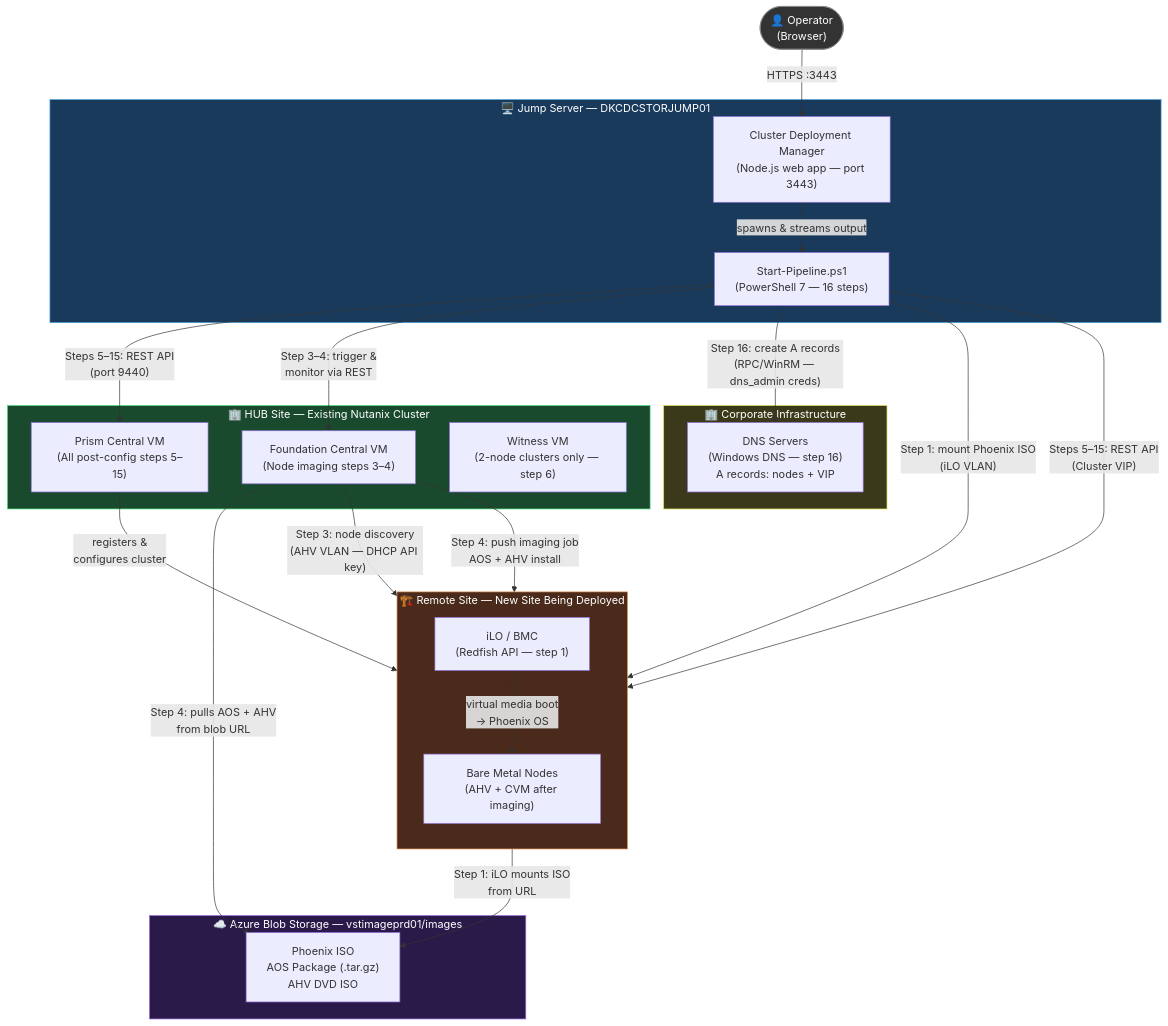
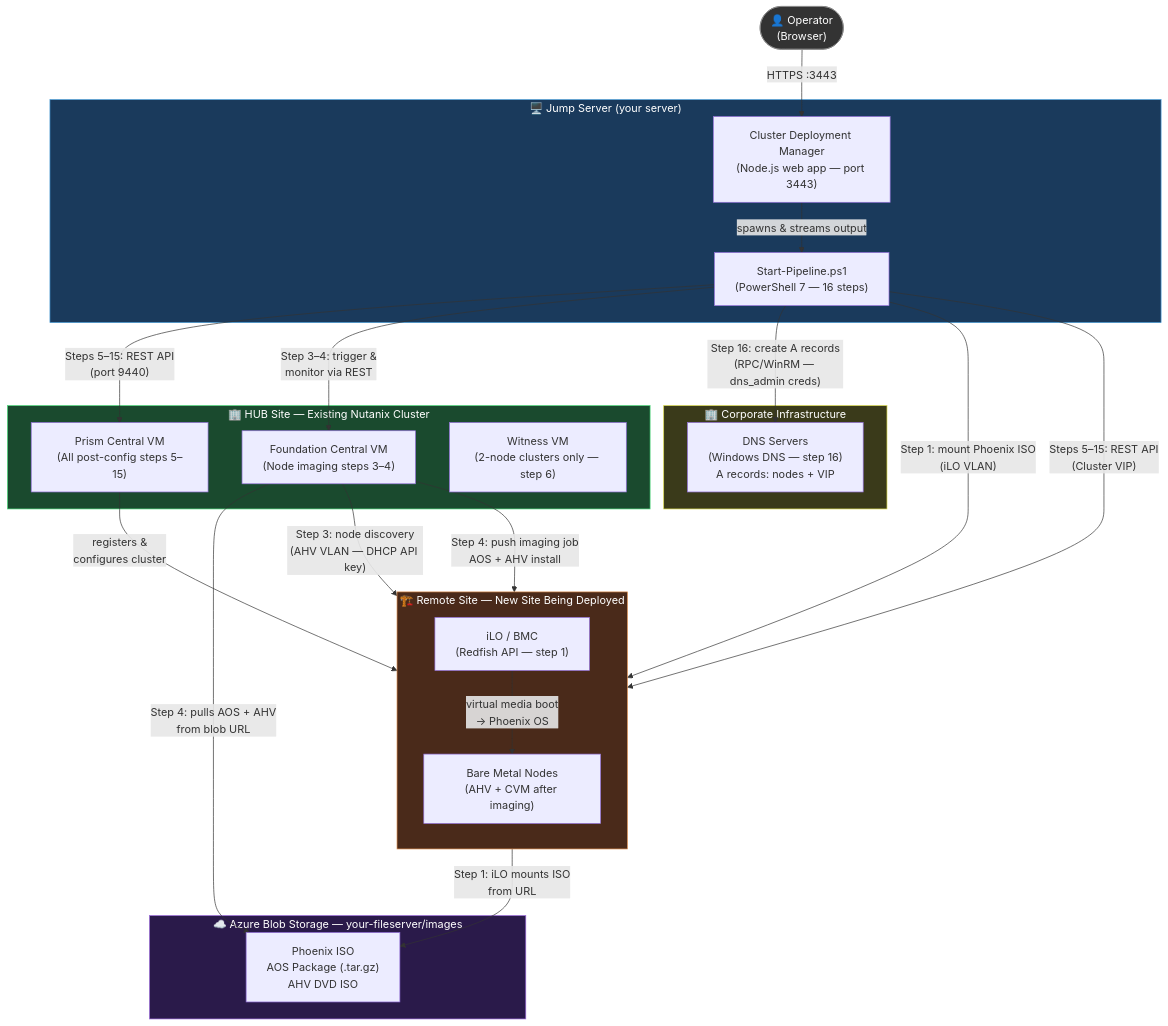
One commit to sonuagarwal-git/Nutanix-Zero-Touch-Deployment-Manager changed the first of 2 diagrams in Nutanix-ZTI/README.md. Above: the diagram before and after it, drawn with Mermaid. The commit also changed other lines of this file and 1 other file, not shown here.

````diff
--- a/Nutanix-ZTI/README.md
+++ b/Nutanix-ZTI/README.md
@@ -51,62 +51,62 @@
 ```mermaid
 graph TB
-    subgraph JUMP["🖥️ Jump Server — DKCDCSTORJUMP01"]
+    subgraph JUMP["🖥️ Jump Server (your server)"]
         WEB["Cluster Deployment Manager\n(Node.js web app — port 3443)"]
         PS["Start-Pipeline.ps1\n(PowerShell 7 — 16 steps)"]
         WEB -- "spawns & streams output" --> PS
     end
 
-    subgraph AZURE["☁️ Azure Blob Storage — vstimageprd01/images"]
+    subgraph AZURE["☁️ Azure Blob Storage — your-fileserver/images"]
         IMGS["Phoenix ISO\nAOS Package (.tar.gz)\nAHV DVD ISO"]
     end
 
     subgraph HUB["🏢 HUB Site — Existing Nutanix Cluster"]
         PC["Prism Central VM\n(All post-config steps 5–15)"]
         FC["Foundation Central VM\n(Node imaging steps 3–4)"]
         WIT["Witness VM\n(2-node clusters only — step 6)"]
     end
 
     subgraph REMOTE["🏗️ Remote Site — New Site Being Deployed"]
         direction TB
         ILO["iLO / BMC\n(Redfish API — step 1)"]
         NODE["Bare Metal Nodes\n(AHV + CVM after imaging)"]
         ILO -- "virtual media boot\n→ Phoenix OS" --> NODE
     end
 
     subgraph CORP["🏢 Corporate Infrastructure"]
         DNS["DNS Servers\n(Windows DNS — step 16)\nA records: nodes + VIP"]
     end
 
     %% Operator flow
     OPS(["👤 Operator\n(Browser)"])
     OPS -- "HTTPS :3443" --> WEB
 
     %% Jump server → remote site
     PS -- "Step 1: mount Phoenix ISO\n(iLO VLAN)" --> ILO
     PS -- "Steps 5–15: REST API\n(Cluster VIP)" --> NODE
     PS -- "Steps 5–15: REST API\n(port 9440)" --> PC
 
     %% Foundation Central ↔ remote site
     FC -- "Step 3: node discovery\n(AHV VLAN — DHCP API key)" --> NODE
     FC -- "Step 4: push imaging job\nAOS + AHV install" --> NODE
 
     %% Jump server → FC
     PS -- "Step 3–4: trigger &\nmonitor via REST" --> FC
 
     %% Jump server → DNS
     PS -- "Step 16: create A records\n(RPC/WinRM — dns_admin creds)" --> DNS
 
     %% Image downloads from Azure Blob
     ILO -- "Step 1: iLO mounts ISO\nfrom URL" --> IMGS
     FC -- "Step 4: pulls AOS + AHV\nfrom blob URL" --> IMGS
 
     %% HUB internal
     PC -- "registers &\nconfigures cluster" --> NODE
 
     style JUMP fill:#1a3a5c,color:#fff,stroke:#4a9eda
     style HUB fill:#1a4a2e,color:#fff,stroke:#4ada7a
     style REMOTE fill:#4a2a1a,color:#fff,stroke:#da8a4a
     style AZURE fill:#2a1a4a,color:#fff,stroke:#9a6ada
     style CORP fill:#3a3a1a,color:#fff,stroke:#dada4a
     style OPS fill:#333,color:#fff,stroke:#888
 ```
````
